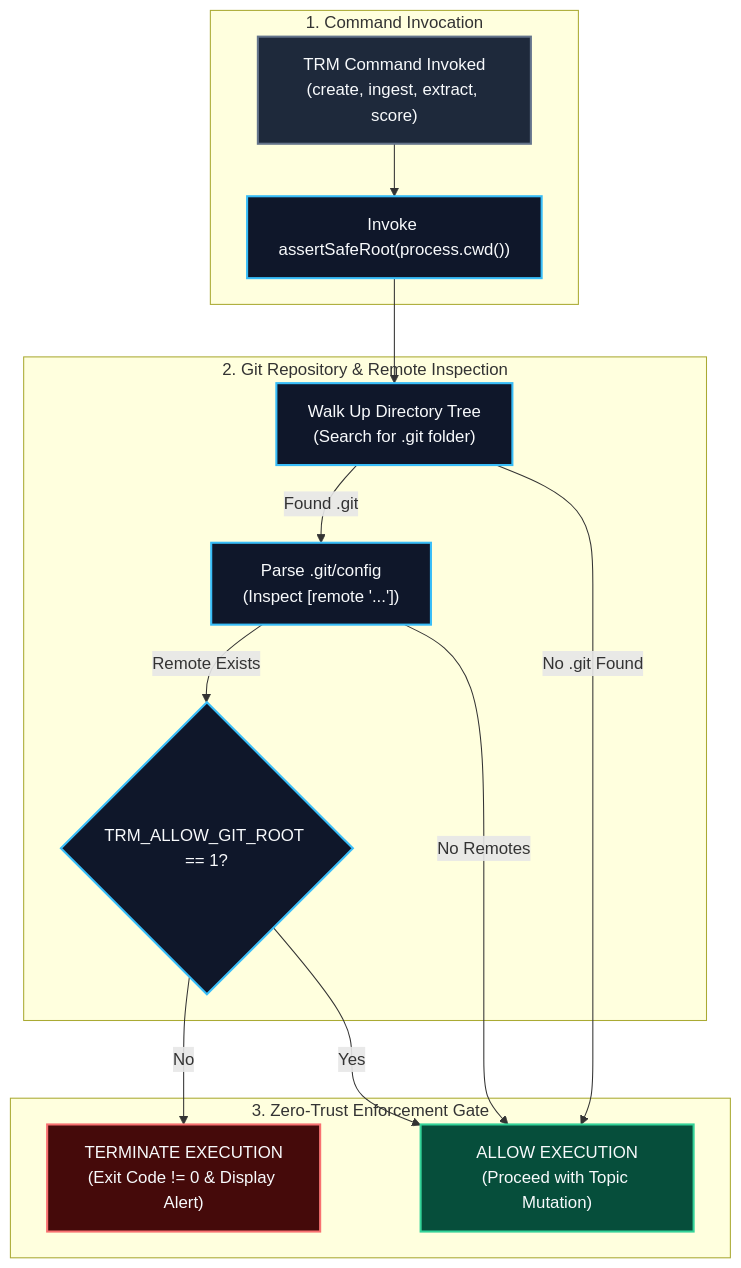
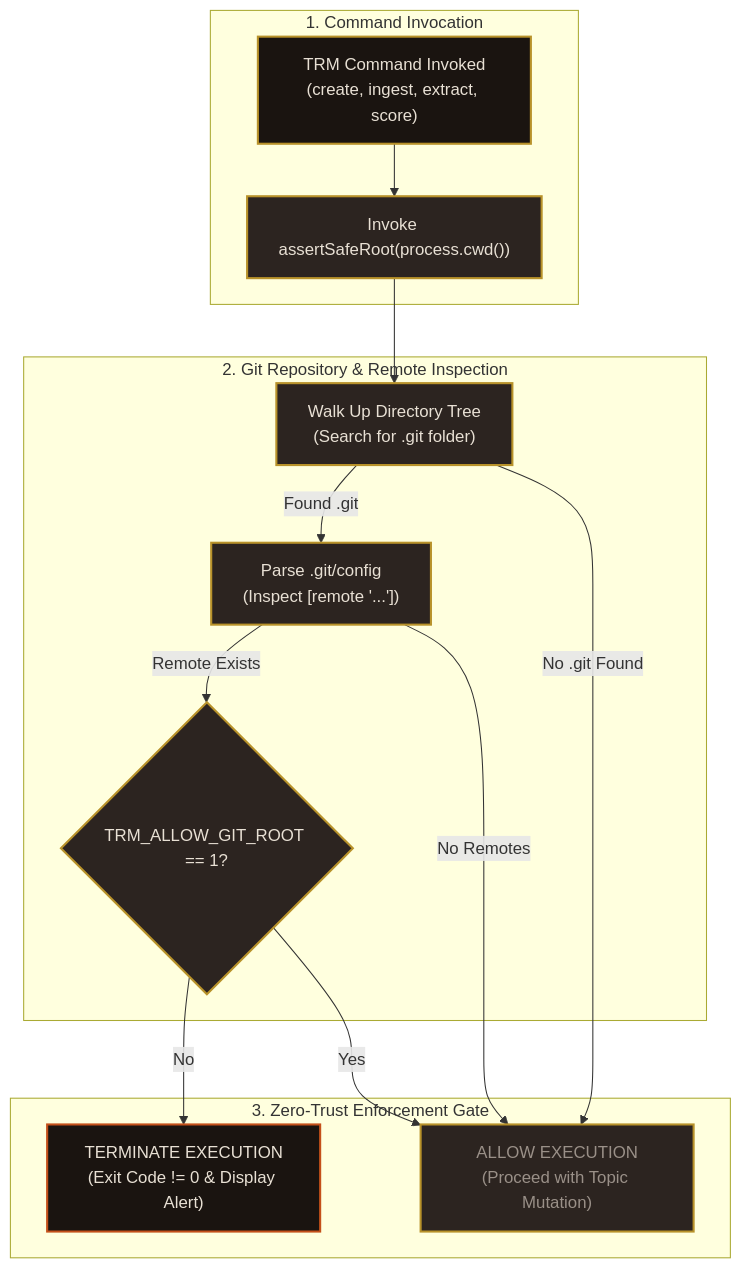
The diagram in wiki/Security-Guardrails-&-Root-Safety.md (sorensencc-dotcom/TRM), drawn with Mermaid before and after one commit. The commit also changed 25 other files, not shown here.

First line of the commit message:
docs(wiki): regenerate diagrams from CIC Industrial tokens (W11)

````diff
--- a/wiki/Security-Guardrails-&-Root-Safety.md
+++ b/wiki/Security-Guardrails-&-Root-Safety.md
@@ -37,33 +37,33 @@
 ```mermaid
 flowchart TD
-    classDef initStyle fill:#1e293b,stroke:#64748b,stroke-width:2px,color:#f8fafc;
-    classDef checkStyle fill:#0f172a,stroke:#38bdf8,stroke-width:2px,color:#f8fafc;
-    classDef failStyle fill:#450a0a,stroke:#f87171,stroke-width:2px,color:#f8fafc;
-    classDef passStyle fill:#064e3b,stroke:#34d399,stroke-width:2px,color:#f8fafc;
+    classDef initStyle fill:#1A1410,stroke:#B8922A,stroke-width:2px,color:#E8E0D4;
+    classDef checkStyle fill:#2C2420,stroke:#B8922A,stroke-width:2px,color:#E8E0D4;
+    classDef failStyle fill:#1A1410,stroke:#C4501A,stroke-width:2px,color:#E8E0D4;
+    classDef passStyle fill:#2C2420,stroke:#B8922A,stroke-width:2px,color:#9A9088;
 
     subgraph Trigger["1. Command Invocation"]
         CMD["TRM Command Invoked<br/>(create, ingest, extract, score)"]:::initStyle
         ASSERT["Invoke assertSafeRoot(process.cwd())"]:::checkStyle
         CMD --> ASSERT
     end
 
     subgraph Inspection["2. Git Repository & Remote Inspection"]
         WALK["Walk Up Directory Tree<br/>(Search for .git folder)"]:::checkStyle
         PARSE_CFG["Parse .git/config<br/>(Inspect [remote '...'])"]:::checkStyle
         ENV_OVERRIDE{"TRM_ALLOW_GIT_ROOT == 1?"}:::checkStyle
 
         ASSERT --> WALK
         WALK -->|Found .git| PARSE_CFG
         PARSE_CFG -->|Remote Exists| ENV_OVERRIDE
     end
 
     subgraph Enforcement["3. Zero-Trust Enforcement Gate"]
         BLOCK_EXIT["TERMINATE EXECUTION<br/>(Exit Code != 0 & Display Alert)"]:::failStyle
         ALLOW_EXEC["ALLOW EXECUTION<br/>(Proceed with Topic Mutation)"]:::passStyle
 
         ENV_OVERRIDE -->|No| BLOCK_EXIT
         ENV_OVERRIDE -->|Yes| ALLOW_EXEC
         WALK -->|No .git Found| ALLOW_EXEC
         PARSE_CFG -->|No Remotes| ALLOW_EXEC
     end
 ```
````
